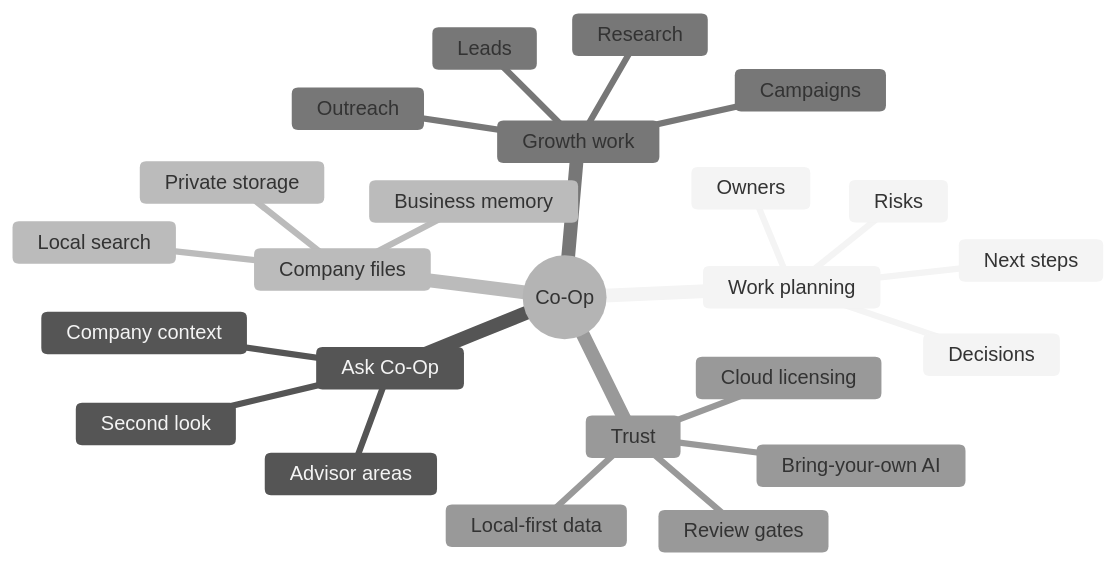
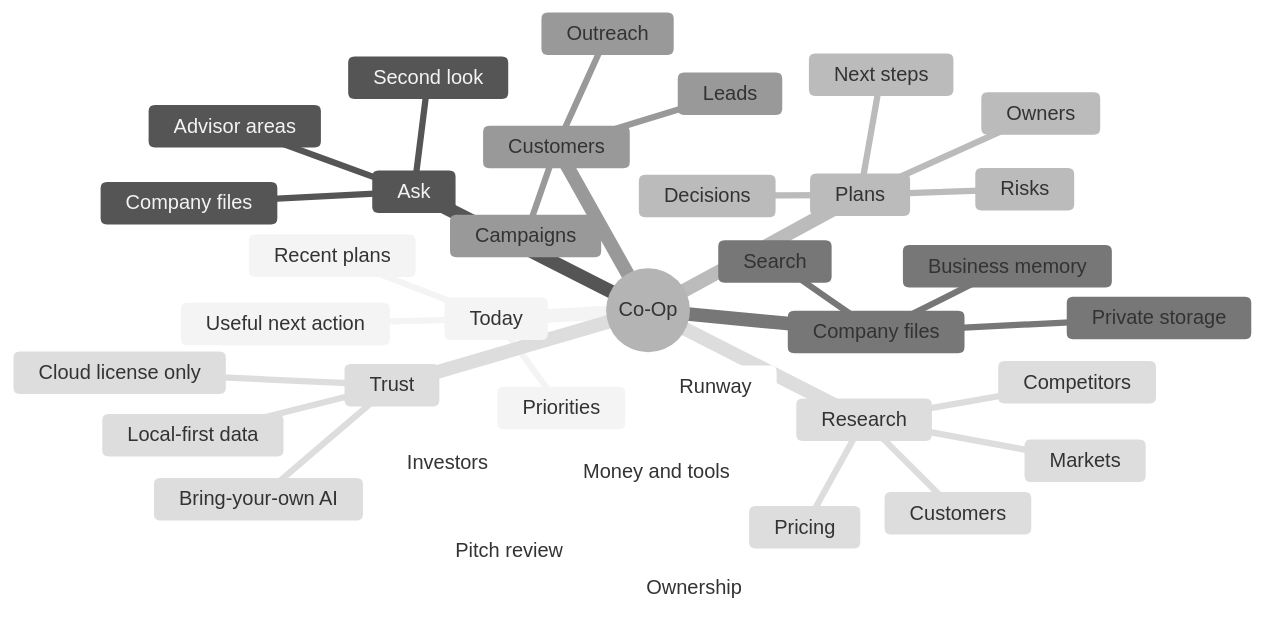
The second of 2 diagrams in docs/PRODUCT_POSITIONING.md (Afnanksalal/co-op), drawn with Mermaid (neutral theme) before and after one commit. The commit also changed other lines of this file and 44 other files, not shown here.

````diff
--- a/docs/PRODUCT_POSITIONING.md
+++ b/docs/PRODUCT_POSITIONING.md
@@ -78,27 +112,39 @@
 ```mermaid
 mindmap
   root((Co-Op))
-    Work planning
+    Today
+      Priorities
+      Recent plans
+      Useful next action
+    Ask
+      Advisor areas
+      Company files
+      Second look
+    Plans
       Decisions
       Risks
       Owners
       Next steps
-    Ask Co-Op
-      Advisor areas
-      Company context
-      Second look
     Company files
-      Local search
+      Private storage
+      Search
       Business memory
-      Private storage
-    Growth work
-      Research
+    Customers
       Leads
       Outreach
       Campaigns
+    Research
+      Markets
+      Competitors
+      Customers
+      Pricing
+    Money and tools
+      Runway
+      Pitch review
+      Ownership
+      Investors
     Trust
       Local-first data
       Bring-your-own AI
-      Review gates
-      Cloud licensing
+      Cloud license only
 ```
````
